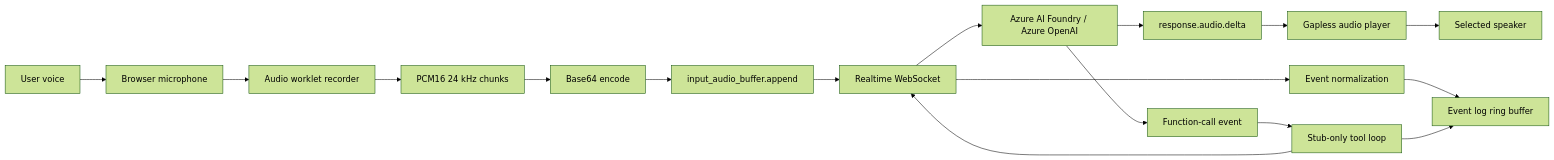
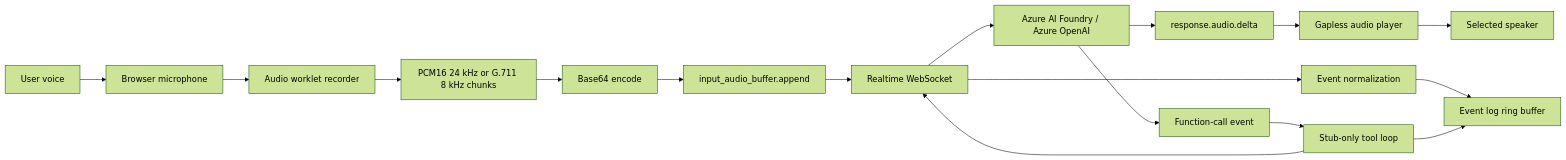
Before and after one commit to NikoMix/ms-partner-realtime-demo: the diagram in docs/ARCHITECTURE.md, drawn with Mermaid (forest theme). The commit also changed other lines of this file and 30 other files, not shown here.

````diff
--- a/docs/ARCHITECTURE.md
+++ b/docs/ARCHITECTURE.md
@@ -62,20 +63,20 @@
 ```mermaid
 flowchart LR
   User[User voice] --> Mic[Browser microphone]
   Mic --> Worklet[Audio worklet recorder]
-  Worklet --> PCM[PCM16 24 kHz chunks]
-  PCM --> B64[Base64 encode]
+  Worklet --> Encoded[PCM16 24 kHz or G.711 8 kHz chunks]
+  Encoded --> B64[Base64 encode]
   B64 --> Append[input_audio_buffer.append]
   Append --> WS[Realtime WebSocket]
   WS --> Azure[Azure AI Foundry / Azure OpenAI]
   Azure --> Delta[response.audio.delta]
   Delta --> Player[Gapless audio player]
   Player --> Speaker[Selected speaker]
 
   WS --> Normalize[Event normalization]
   Normalize --> Log[Event log ring buffer]
   Azure --> ToolCall[Function-call event]
   ToolCall --> StubTools[Stub-only tool loop]
   StubTools --> Log
   StubTools --> WS
 ```
````
